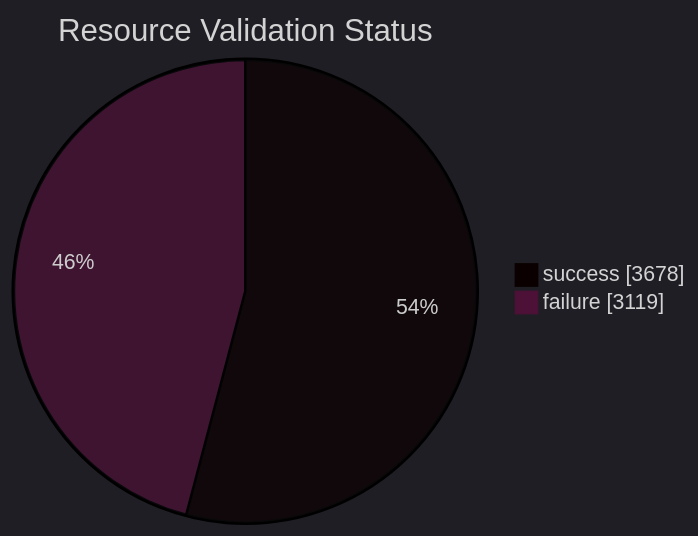
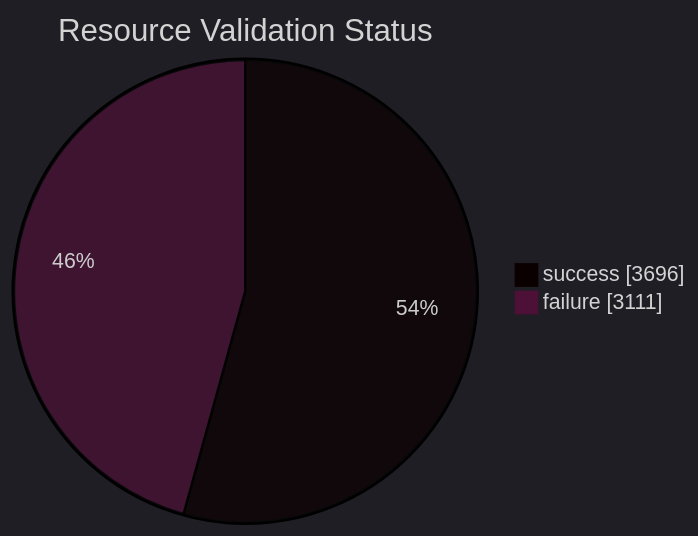
One commit to open-data/analytics-corporate-reporting changed the diagram in datastore_tracker/resource_validation_status_pie_chart.md. Above: the diagram before and after it, drawn with Mermaid. The commit also changed 9 other files, not shown here.

````diff
--- a/datastore_tracker/resource_validation_status_pie_chart.md
+++ b/datastore_tracker/resource_validation_status_pie_chart.md
@@ -2,9 +2,9 @@
 ```mermaid
 ---
 config:
   theme: dark
 ---
 pie showData title Resource Validation Status
-    "success": 3678
-    "failure": 3119
+    "success": 3696
+    "failure": 3111
 ```
````
